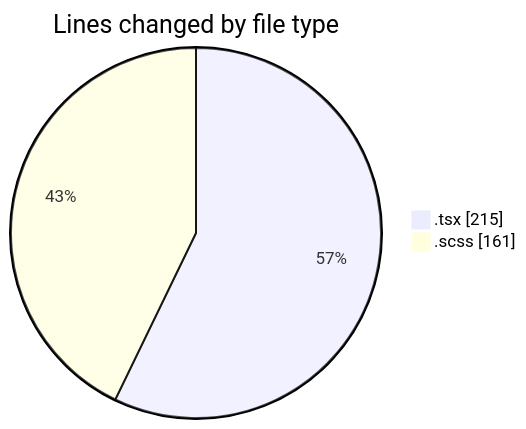
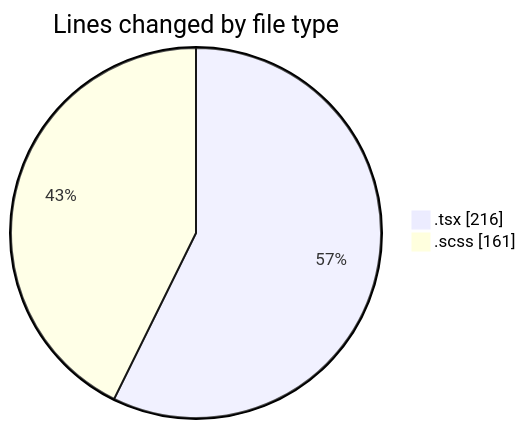
The first of 2 diagrams in 2025-09-16/cda/README.md (momahboobian/code-tracking), drawn with Mermaid before and after one commit. The commit also changed other lines of this file and 1 other file, not shown here.

````diff
--- a/2025-09-16/cda/README.md
+++ b/2025-09-16/cda/README.md
@@ -22,6 +22,6 @@
 ```mermaid
 pie showData
 title Lines changed by file type
-".tsx" : 215
+".tsx" : 216
 ".scss" : 161
 ```
````
